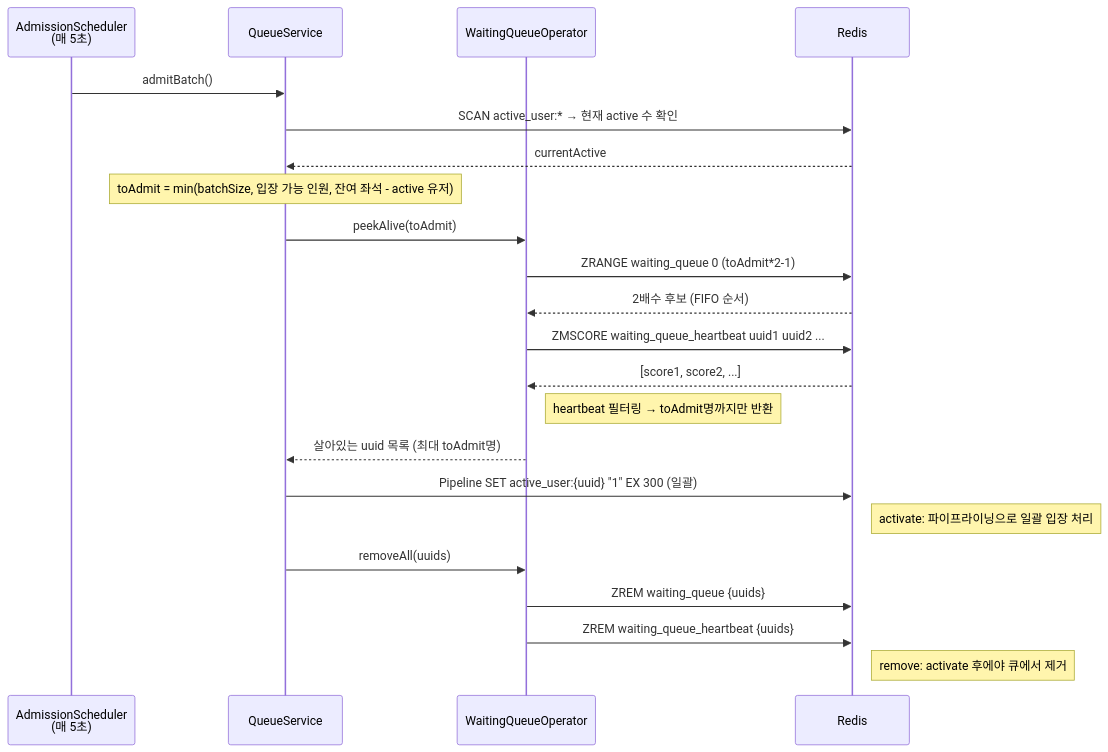
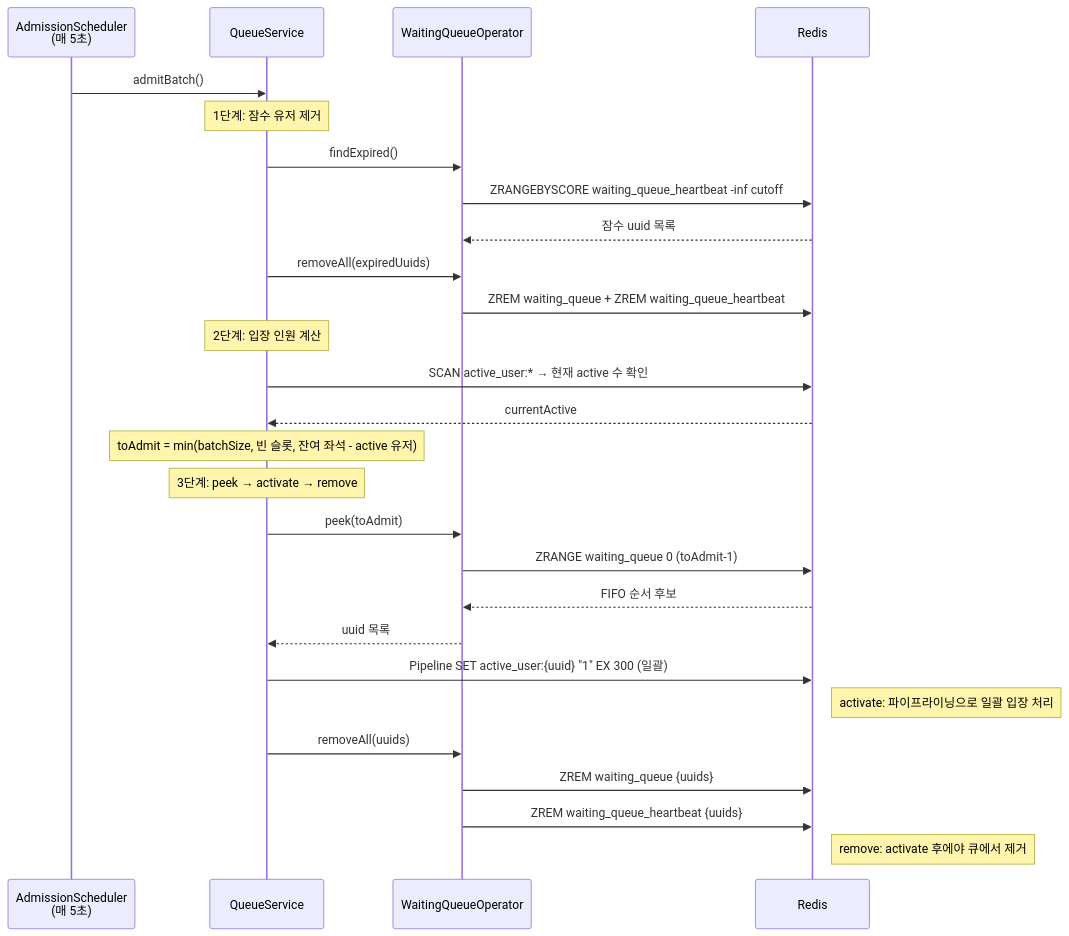
One commit to irnd04/zticket changed the third of 6 diagrams in README.md. Above: the diagram before and after it, drawn with Mermaid. The commit also changed other lines of this file and 10 other files, not shown here.

First line of the commit message:
refactor: removeExpired를 admitBatch에 통합, findExpired에서 remove 분리

````diff
--- a/README.md
+++ b/README.md
@@ -141,30 +126,35 @@
 ```mermaid
 sequenceDiagram
     participant S as AdmissionScheduler<br/>(매 5초)
     participant Q as QueueService
     participant O as WaitingQueueOperator
     participant R as Redis
 
     S->>Q: admitBatch()
 
+    Note over Q: 1단계: 잠수 유저 제거
+    Q->>O: findExpired()
+    O->>R: ZRANGEBYSCORE waiting_queue_heartbeat -inf cutoff
+    R-->>O: 잠수 uuid 목록
+    Q->>O: removeAll(expiredUuids)
+    O->>R: ZREM waiting_queue + ZREM waiting_queue_heartbeat
+
+    Note over Q: 2단계: 입장 인원 계산
     Q->>R: SCAN active_user:* → 현재 active 수 확인
     R-->>Q: currentActive
+    Note over Q: toAdmit = min(batchSize, 빈 슬롯, 잔여 좌석 - active 유저)
 
-    Note over Q: toAdmit = min(batchSize, 입장 가능 인원, 잔여 좌석 - active 유저)
-
-    Q->>O: peekAlive(toAdmit)
-    O->>R: ZRANGE waiting_queue 0 (toAdmit*2-1)
-    R-->>O: 2배수 후보 (FIFO 순서)
-    O->>R: ZMSCORE waiting_queue_heartbeat uuid1 uuid2 ...
-    R-->>O: [score1, score2, ...]
-    Note right of O: heartbeat 필터링 → toAdmit명까지만 반환
-    O-->>Q: 살아있는 uuid 목록 (최대 toAdmit명)
+    Note over Q: 3단계: peek → activate → remove
+    Q->>O: peek(toAdmit)
+    O->>R: ZRANGE waiting_queue 0 (toAdmit-1)
+    R-->>O: FIFO 순서 후보
+    O-->>Q: uuid 목록
 
     Q->>R: Pipeline SET active_user:{uuid} "1" EX 300 (일괄)
     Note right of R: activate: 파이프라이닝으로 일괄 입장 처리
 
     Q->>O: removeAll(uuids)
     O->>R: ZREM waiting_queue {uuids}
     O->>R: ZREM waiting_queue_heartbeat {uuids}
     Note right of R: remove: activate 후에야 큐에서 제거
 ```
````
